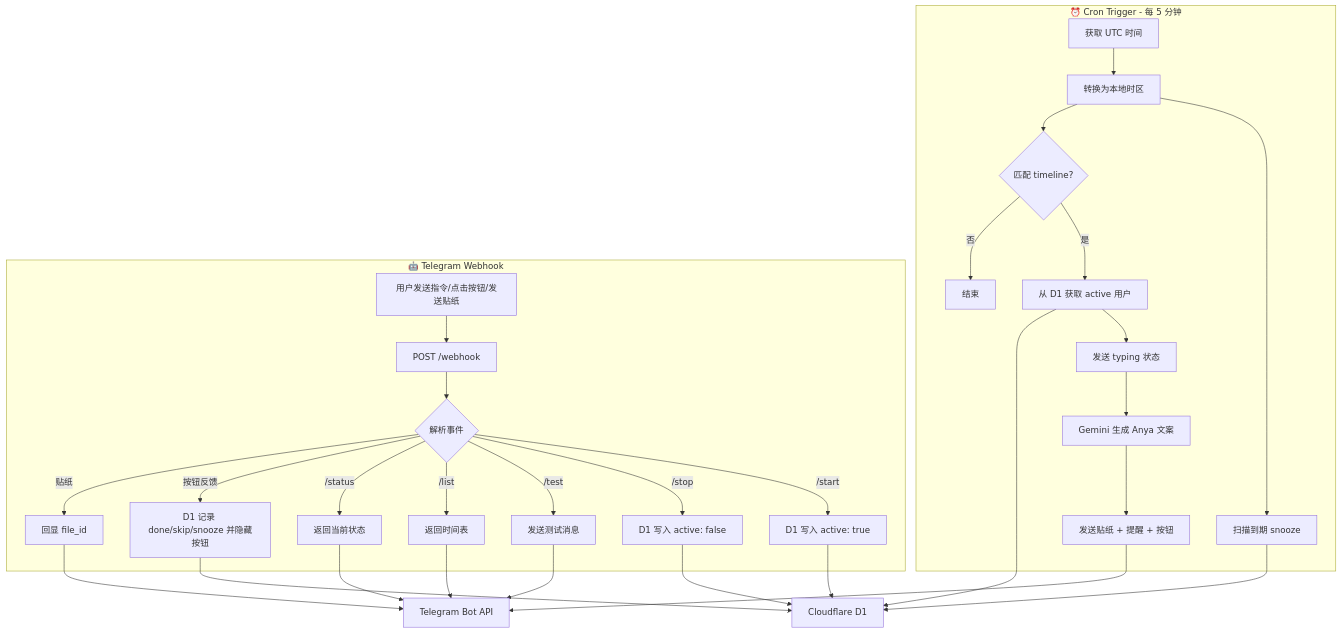
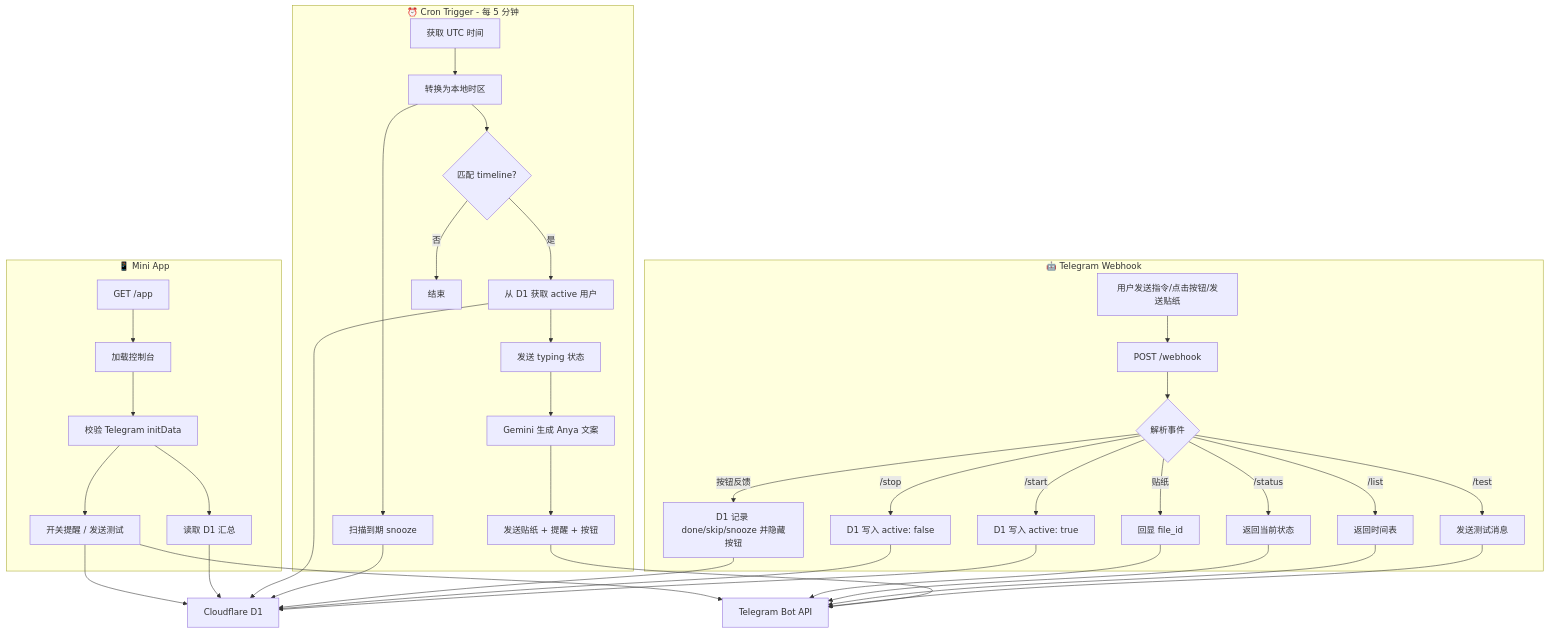
One commit to aouos/reminder-bot changed the diagram in README.md. Above: the diagram before and after it, drawn with Mermaid. The commit also changed other lines of this file and 7 other files, not shown here.

Commit message:
feat: Add Telegram Mini App console with control features and update commands

````diff
--- a/README.md
+++ b/README.md
@@ -202,30 +223,39 @@
 ```mermaid
 flowchart TB
     subgraph cron["⏰ Cron Trigger - 每 5 分钟"]
         C1[获取 UTC 时间] --> C2[转换为本地时区]
         C2 --> C0[扫描到期 snooze]
         C2 --> C3{匹配 timeline?}
         C3 -->|是| C4[从 D1 获取 active 用户]
         C4 --> C5[发送 typing 状态]
         C5 --> C6[Gemini 生成 Anya 文案]
         C6 --> C7[发送贴纸 + 提醒 + 按钮]
         C3 -->|否| C8[结束]
     end
 
     subgraph webhook["🤖 Telegram Webhook"]
         W1[用户发送指令/点击按钮/发送贴纸] --> W2[POST /webhook]
         W2 --> W3{解析事件}
         W3 -->|/start| W4[D1 写入 active: true]
         W3 -->|/stop| W5[D1 写入 active: false]
         W3 -->|/test| W6[发送测试消息]
         W3 -->|/list| W7[返回时间表]
         W3 -->|/status| W8[返回当前状态]
         W3 -->|按钮反馈| W9[D1 记录 done/skip/snooze 并隐藏按钮]
         W3 -->|贴纸| W10[回显 file_id]
     end
 
+    subgraph miniapp["📱 Mini App"]
+        A1[GET /app] --> A2[加载控制台]
+        A2 --> A3[校验 Telegram initData]
+        A3 --> A4[读取 D1 汇总]
+        A3 --> A5[开关提醒 / 发送测试]
+    end
+
     C7 --> TG[Telegram Bot API]
     W4 & W5 & W9 --> D1[Cloudflare D1]
     W6 & W7 & W8 & W10 --> TG
     C0 & C4 --> D1
+    A4 & A5 --> D1
+    A5 --> TG
 ```
````
